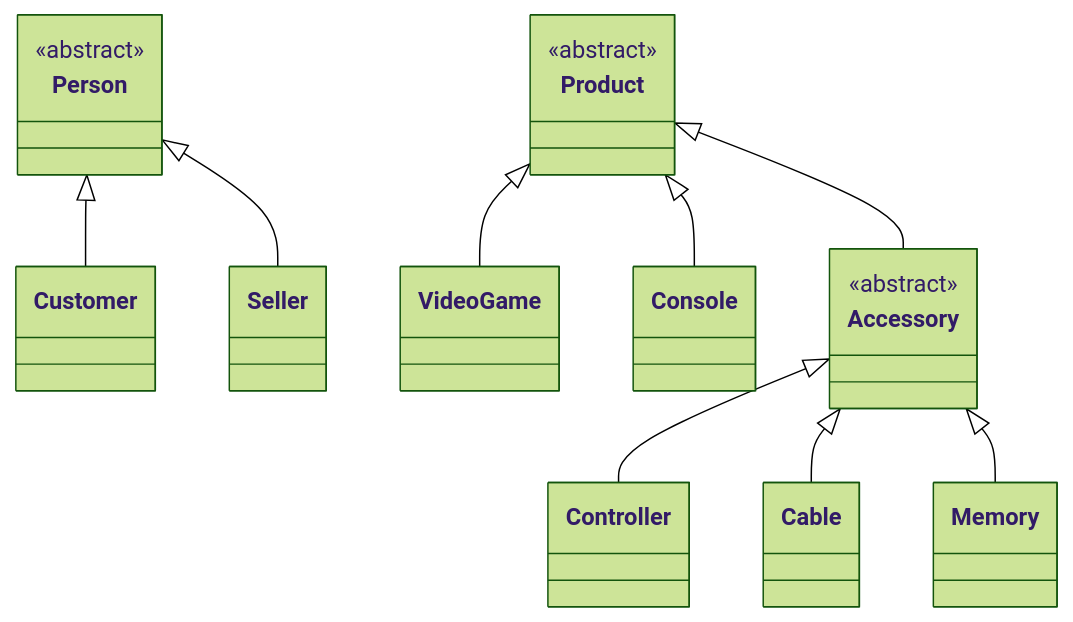
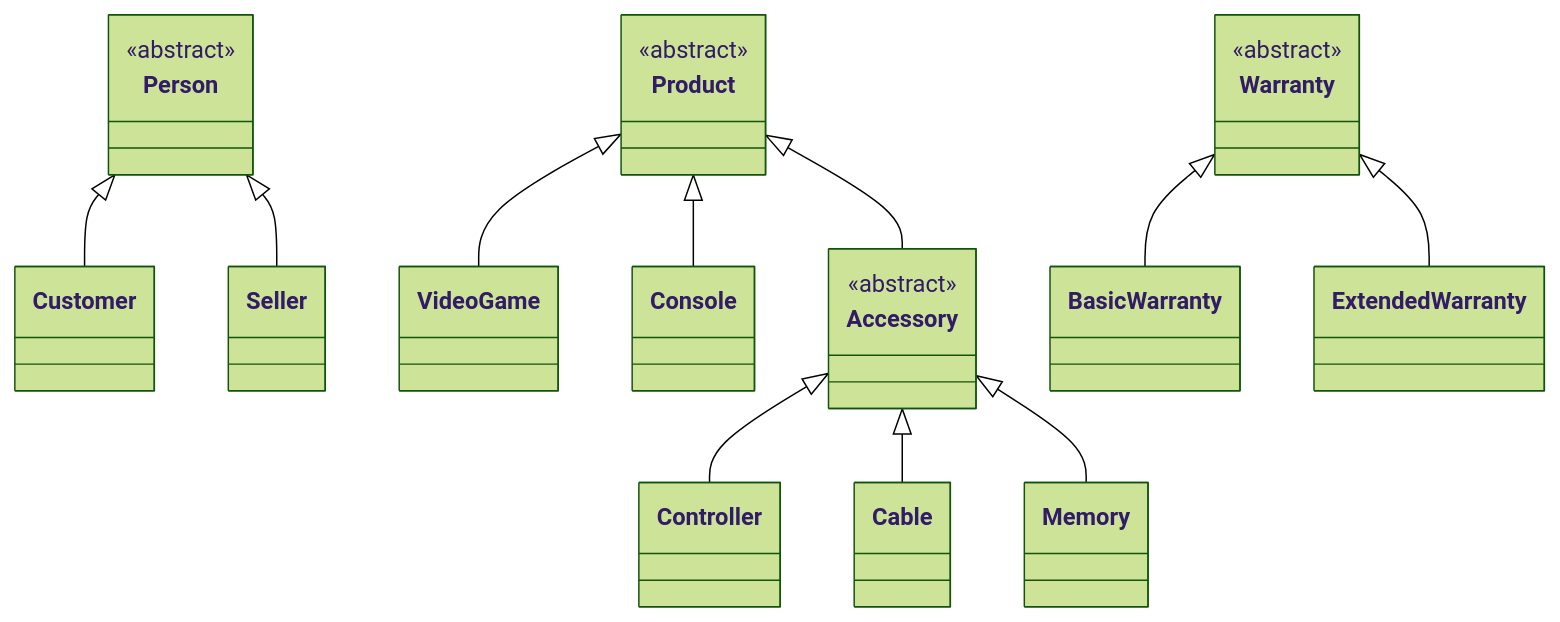
One commit to Oscar-Palomino-07/GameZoneUnicesar changed the diagram in docs/hierarchy-diagram.md. Above: the diagram before and after it, drawn with Mermaid (forest theme).

Commit message:
docs: update hierarchy diagram with warranty classes

````diff
--- a/docs/hierarchy-diagram.md
+++ b/docs/hierarchy-diagram.md
@@ -3,29 +3,37 @@
 ```mermaid
 classDiagram
     class Person {
         <<abstract>>
     }
     class Customer
     class Seller
     Person <|-- Customer
     Person <|-- Seller
 
     class Product {
         <<abstract>>
     }
     class VideoGame
     class Console
     Product <|-- VideoGame
     Product <|-- Console
 
     class Accessory {
         <<abstract>>
     }
     class Controller
     class Cable
     class Memory
     Product <|-- Accessory
     Accessory <|-- Controller
     Accessory <|-- Cable
     Accessory <|-- Memory
+
+    class Warranty {
+        <<abstract>>
+    }
+    class BasicWarranty
+    class ExtendedWarranty
+    Warranty <|-- BasicWarranty
+    Warranty <|-- ExtendedWarranty
 ```
````
